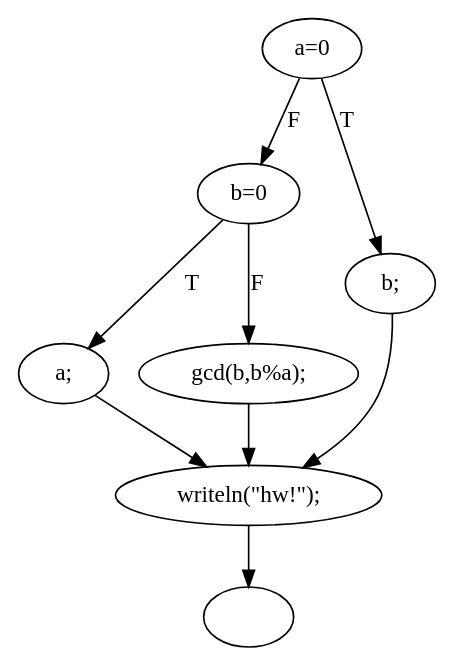
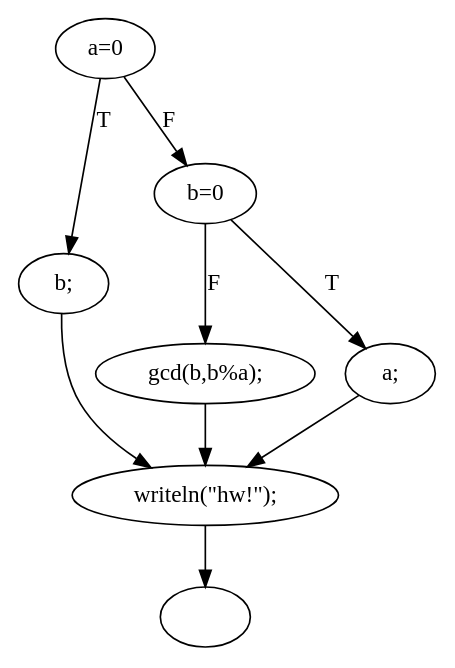
One commit to romagolchin/itmo-masters changed the diagram in program-model-verification/output/lab2_cfg/test.gcd.dot. Above: the diagram before and after it, drawn with Graphviz. The commit also changed 13 other files, not shown here.

```diff
--- a/program-model-verification/output/lab2_cfg/test.gcd.dot
+++ b/program-model-verification/output/lab2_cfg/test.gcd.dot
@@ -1,17 +1,17 @@
 digraph {
-  0 [label="a;"];
+  0 [label="b;"];
   1 [label="gcd(b,b%a);"];
   2 [label="b=0"];
-  3 [label="b;"];
-  4 [label=""];
+  3 [label="a=0"];
+  4 [label="a;"];
   5 [label="writeln(\"hw!\");"];
-  6 [label="a=0"];
+  6 [label=""];
+  2 -> 1 [label="F"];
+  3 -> 0 [label="T"];
+  4 -> 5 [label=""];
+  2 -> 4 [label="T"];
+  3 -> 2 [label="F"];
+  0 -> 5 [label=""];
+  5 -> 6 [label=""];
   1 -> 5 [label=""];
-  5 -> 4 [label=""];
-  3 -> 5 [label=""];
-  6 -> 2 [label="F"];
-  2 -> 1 [label="F"];
-  0 -> 5 [label=""];
-  2 -> 0 [label="T"];
-  6 -> 3 [label="T"];
 }
```
